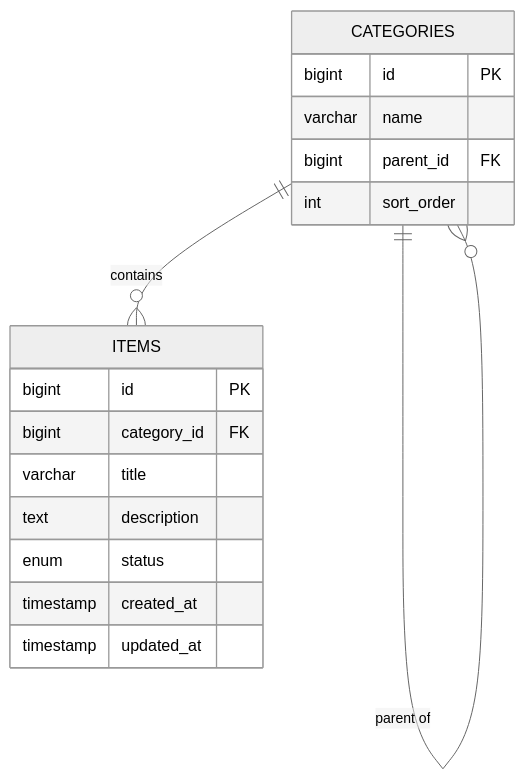
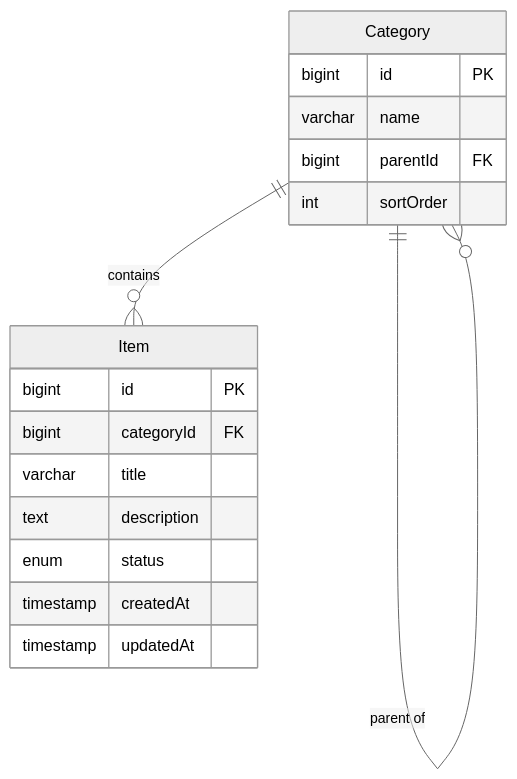
One commit to upleat-ax/u-maker-plugin changed the fourth of 6 diagrams in skills/u-design/references/erd-spec.md. Above: the diagram before and after it, drawn with Mermaid (neutral theme). The commit also changed other lines of this file and 2 other files, not shown here.

First line of the commit message:
feat: switch ERD naming convention to camelCase standard

````diff
--- a/skills/u-design/references/erd-spec.md
+++ b/skills/u-design/references/erd-spec.md
@@ -212,20 +213,20 @@
 ```mermaid
 erDiagram
-    CATEGORIES {
+    Category {
         bigint id PK
         varchar name
-        bigint parent_id FK
-        int sort_order
+        bigint parentId FK
+        int sortOrder
     }
-    ITEMS {
+    Item {
         bigint id PK
-        bigint category_id FK
+        bigint categoryId FK
         varchar title
         text description
         enum status
-        timestamp created_at
-        timestamp updated_at
+        timestamp createdAt
+        timestamp updatedAt
     }
-    CATEGORIES ||--o{ ITEMS : "contains"
-    CATEGORIES ||--o{ CATEGORIES : "parent of"
+    Category ||--o{ Item : "contains"
+    Category ||--o{ Category : "parent of"
 ```
````
